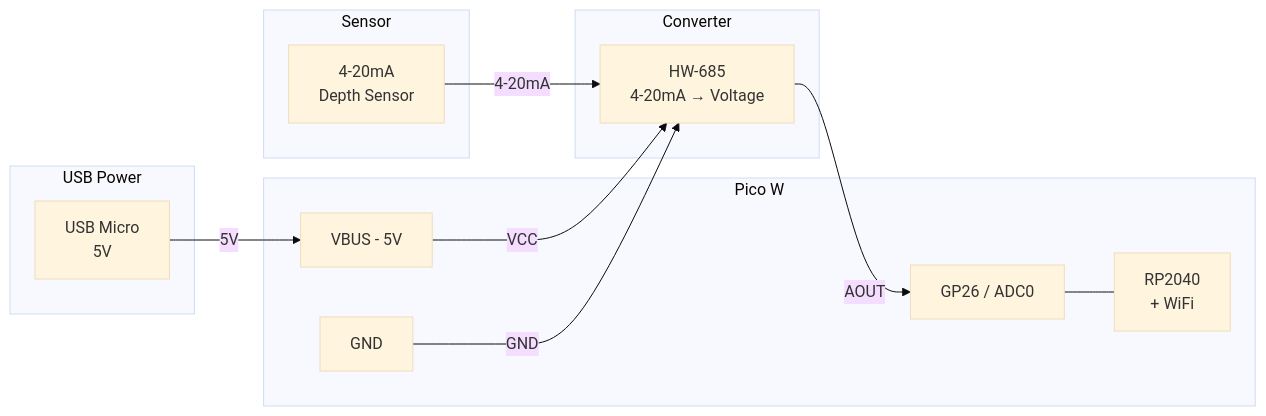
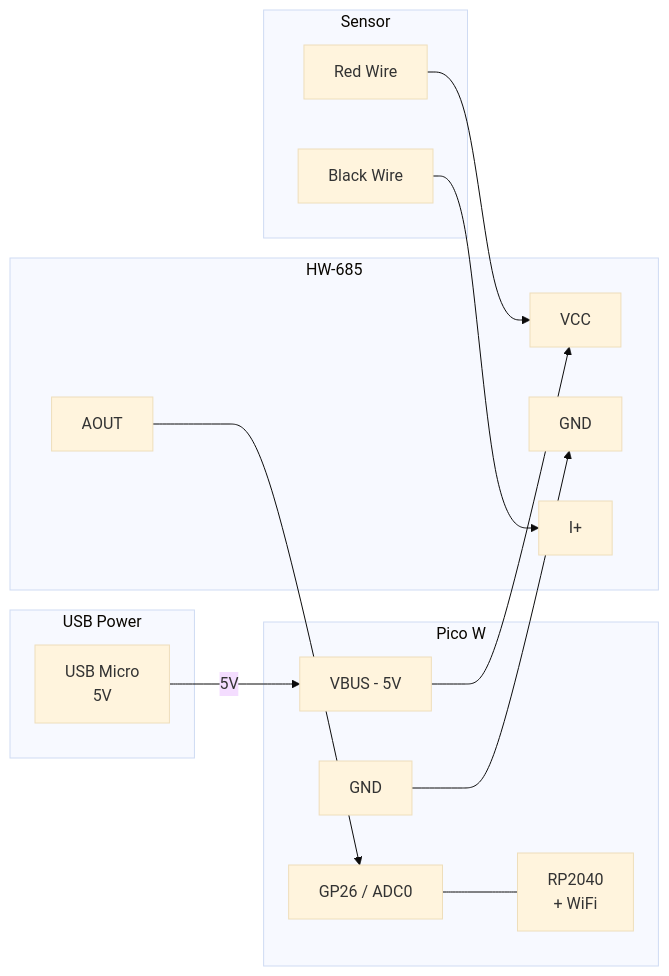
Before and after one commit to bosmun0224/cistern: the diagram in README.md, drawn with Mermaid (base theme). The commit also changed other lines of this file, not shown here.

Commit message:
Update wiring diagram and pin connections for HW-685 and sensor integration

````diff
--- a/README.md
+++ b/README.md
@@ -16,28 +16,33 @@
 ```mermaid
 graph LR
     subgraph USB Power
         USB[USB Micro<br>5V]
     end
 
     subgraph Pico W
         VBUS[VBUS - 5V]
         ADC0[GP26 / ADC0]
         GND1[GND]
         MCU[RP2040<br>+ WiFi]
     end
 
-    subgraph Converter
-        HW[HW-685<br>4-20mA → Voltage]
+    subgraph HW-685
+        VCC[VCC]
+        AOUT[AOUT]
+        GNDH[GND]
+        IP[I+]
     end
 
     subgraph Sensor
-        DS[4-20mA<br>Depth Sensor]
+        RED[Red Wire]
+        BLK[Black Wire]
     end
 
     USB -->|5V| VBUS
-    VBUS -->|VCC| HW
-    GND1 -->|GND| HW
-    DS -->|4-20mA| HW
-    HW -->|AOUT| ADC0
+    VBUS --> VCC
+    GND1 --> GNDH
+    RED --> VCC
+    BLK --> IP
+    AOUT --> ADC0
     ADC0 --- MCU
 ```
````
